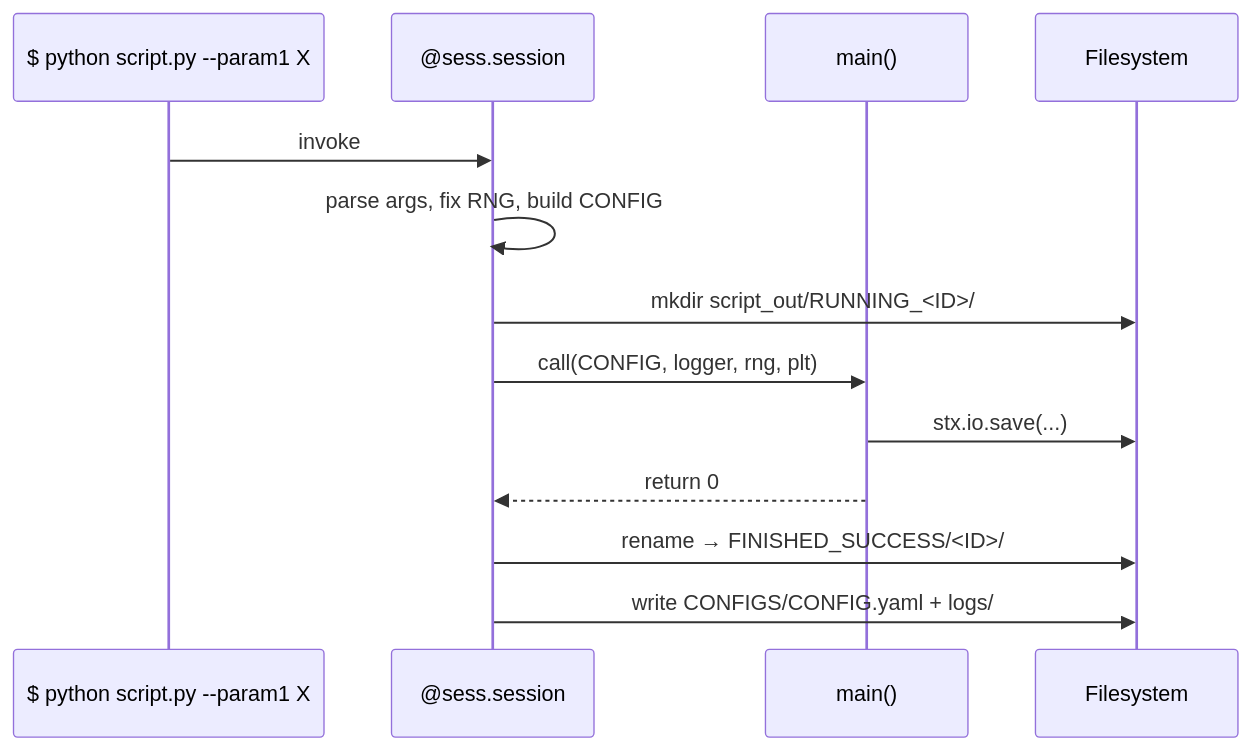
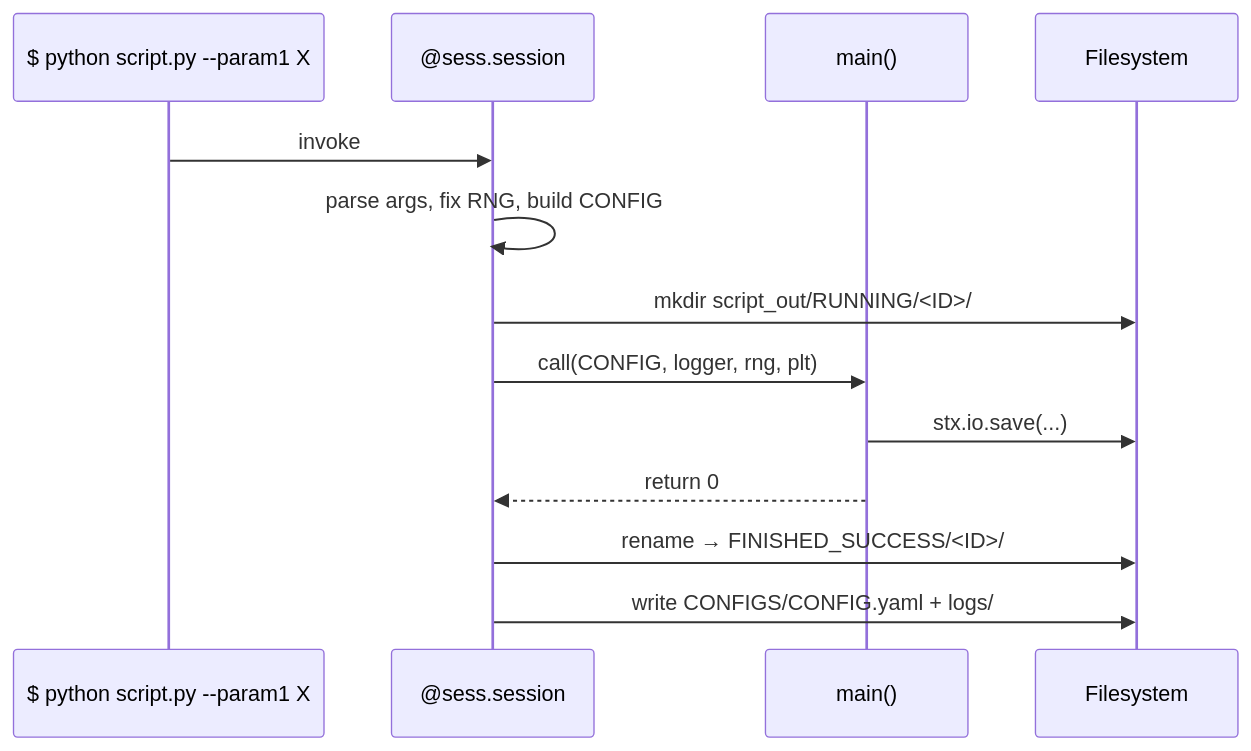
The second of 2 diagrams in README.md (ywatanabe1989/scitex-session), drawn with Mermaid before and after one commit. The commit also changed other lines of this file and 3 other files, not shown here.

````diff
--- a/README.md
+++ b/README.md
@@ -85,15 +85,15 @@
 ```mermaid
 sequenceDiagram
     participant User as $ python script.py --param1 X
     participant Dec as @sess.session
     participant Main as main()
     participant FS as Filesystem
     User->>Dec: invoke
     Dec->>Dec: parse args, fix RNG, build CONFIG
-    Dec->>FS: mkdir script_out/RUNNING_<ID>/
+    Dec->>FS: mkdir script_out/RUNNING/<ID>/
     Dec->>Main: call(CONFIG, logger, rng, plt)
     Main->>FS: stx.io.save(...)
     Main-->>Dec: return 0
     Dec->>FS: rename → FINISHED_SUCCESS/<ID>/
     Dec->>FS: write CONFIGS/CONFIG.yaml + logs/
 ```
````
